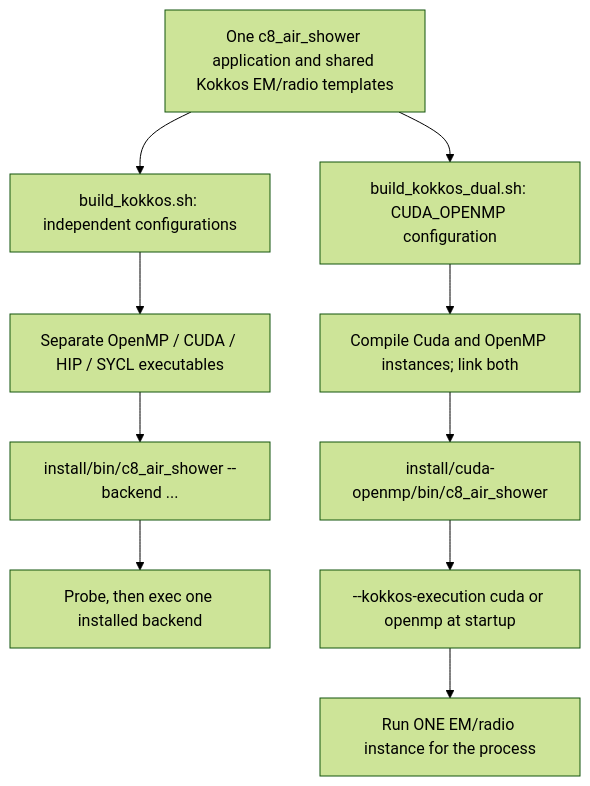
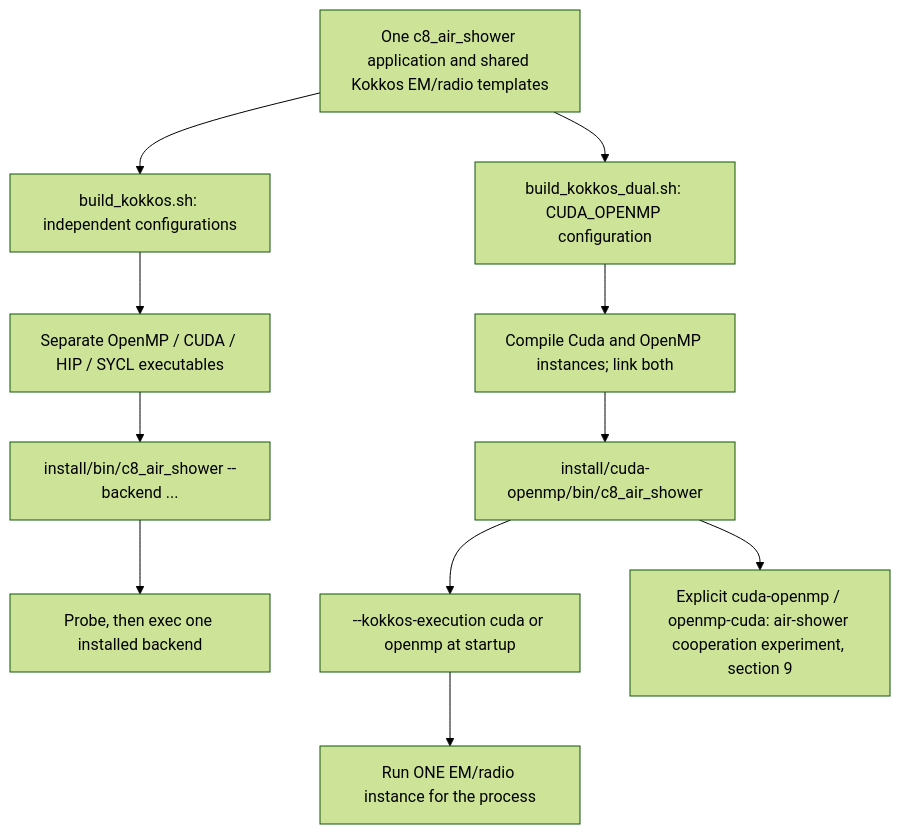
Before and after one commit to BossL668/CORSIKA8-kokkos: the first of 2 diagrams in README.md, drawn with Mermaid (forest theme). The commit also changed other lines of this file and 647 other files, not shown here.

````diff
--- a/README.md
+++ b/README.md
@@ -45,13 +46,14 @@
 ```mermaid
 flowchart TD
     SRC["One c8_air_shower application and shared Kokkos EM/radio templates"]
     SRC --> SEP["build_kokkos.sh: independent configurations"]
     SEP --> BINS["Separate OpenMP / CUDA / HIP / SYCL executables"]
     BINS --> LAUNCH["install/bin/c8_air_shower --backend ..."]
     LAUNCH --> EXEC["Probe, then exec one installed backend"]
     SRC --> DUAL["build_kokkos_dual.sh: CUDA_OPENMP configuration"]
     DUAL --> INST["Compile Cuda and OpenMP instances; link both"]
     INST --> ELF["install/cuda-openmp/bin/c8_air_shower"]
     ELF --> SELECT["--kokkos-execution cuda or openmp at startup"]
     SELECT --> ONE["Run ONE EM/radio instance for the process"]
+    ELF --> COOP["Explicit cuda-openmp / openmp-cuda: air-shower cooperation experiment, section 9"]
 ```
````
